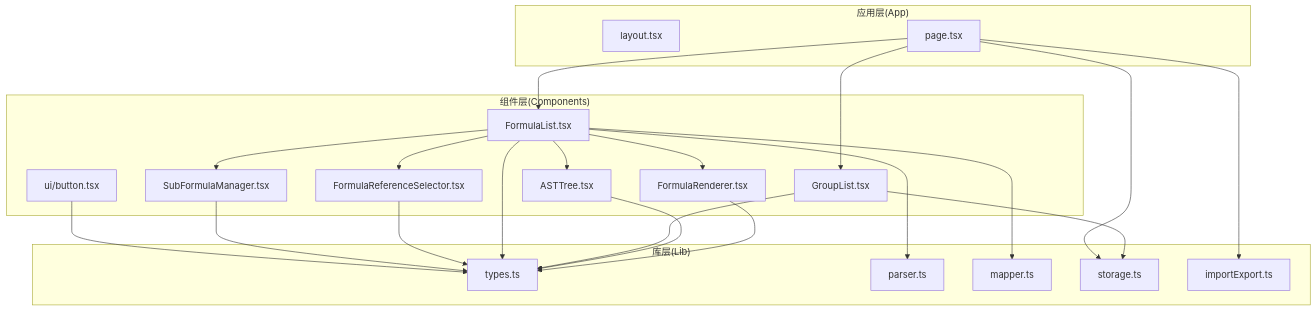
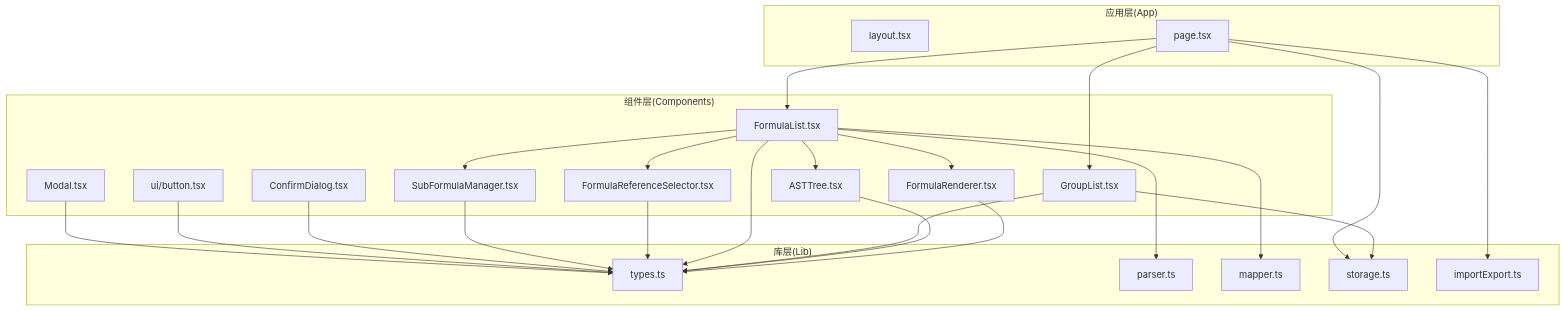
Before and after one commit to steveyu2/formula-mapper: the first of 15 diagrams in .qoder/repowiki/zh/content/开发者指南/开发者指南.md, drawn with Mermaid. The commit also changed other lines of this file and 3 other files, not shown here.

````diff
--- a/.qoder/repowiki/zh/content/开发者指南/开发者指南.md
+++ b/.qoder/repowiki/zh/content/开发者指南/开发者指南.md
@@ -46,41 +59,45 @@
 ```mermaid
 graph TB
 subgraph "应用层(App)"
 L["layout.tsx"]
 P["page.tsx"]
 end
 subgraph "组件层(Components)"
 GL["GroupList.tsx"]
 FL["FormulaList.tsx"]
 FR["FormulaRenderer.tsx"]
 AT["ASTTree.tsx"]
 FRS["FormulaReferenceSelector.tsx"]
 SFM["SubFormulaManager.tsx"]
+CD["ConfirmDialog.tsx"]
 BTN["ui/button.tsx"]
+MOD["Modal.tsx"]
 end
 subgraph "库层(Lib)"
 T["types.ts"]
 PR["parser.ts"]
 MR["mapper.ts"]
 ST["storage.ts"]
 IE["importExport.ts"]
 end
 P --> GL
 P --> FL
 FL --> FR
 FL --> AT
 FL --> FRS
 FL --> SFM
 GL --> ST
 FL --> PR
 FL --> MR
 P --> ST
 P --> IE
 FR --> T
 AT --> T
 GL --> T
 FL --> T
 FRS --> T
 SFM --> T
+CD --> T
 BTN --> T
+MOD --> T
 ```
````
